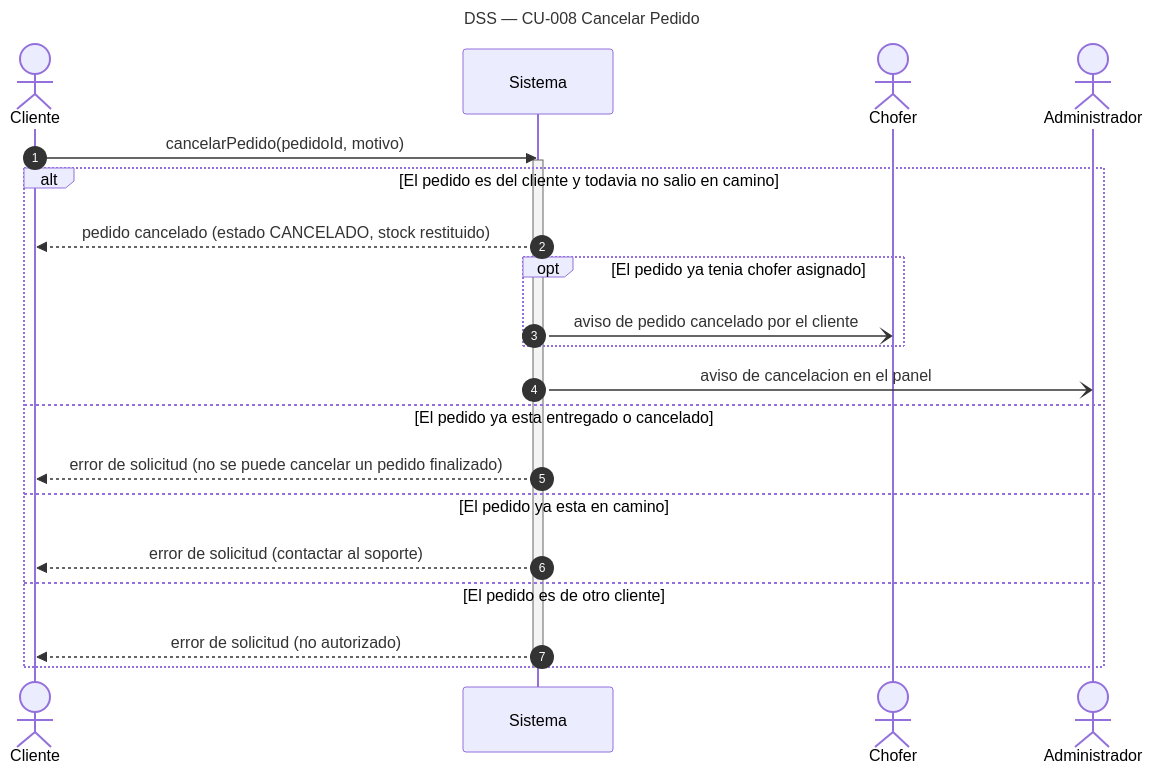
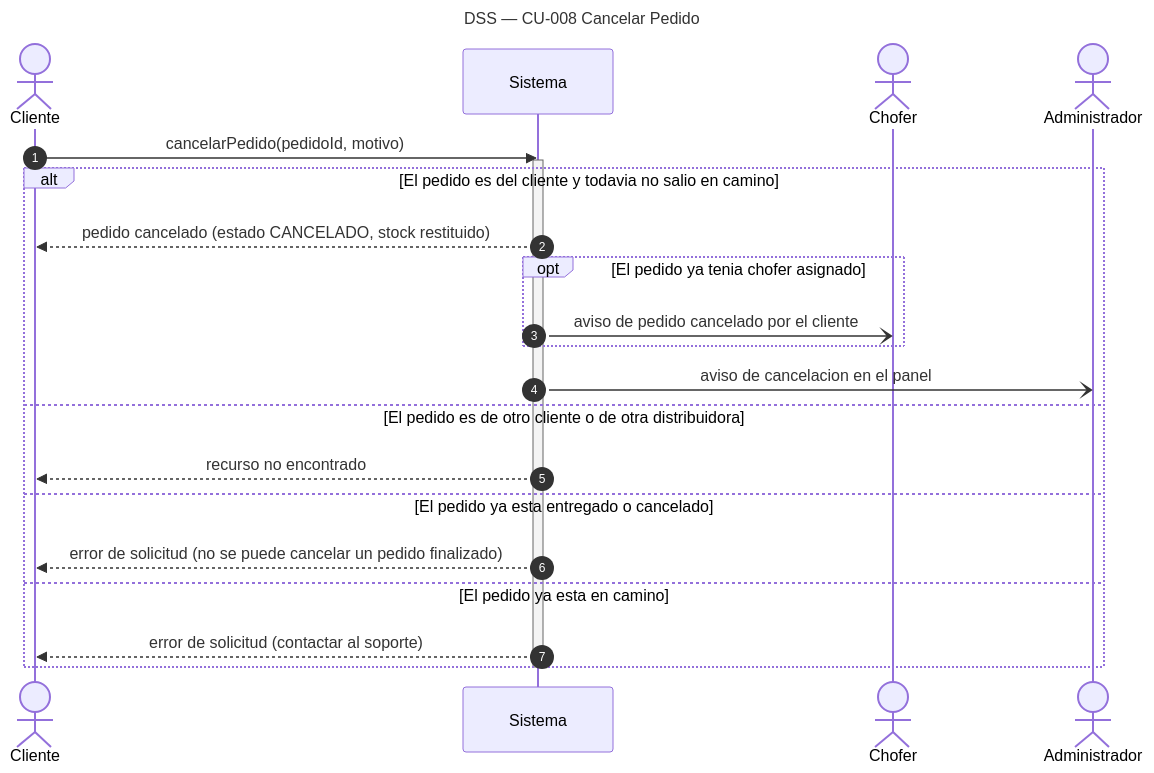
Before and after one commit to Nahuelito-Dev/splg-docs: the diagram in diagramas/DSS_CU-008_Cancelar-Pedido.mmd, drawn with Mermaid. The commit also changed 20 other files, not shown here.

```diff
--- a/diagramas/DSS_CU-008_Cancelar-Pedido.mmd
+++ b/diagramas/DSS_CU-008_Cancelar-Pedido.mmd
@@ -1,24 +1,24 @@
 sequenceDiagram
     title DSS — CU-008 Cancelar Pedido
     autonumber
     actor CLI as Cliente
     participant SIS as Sistema
     actor CHO as Chofer
     actor ADM as Administrador
 
     CLI->>SIS: cancelarPedido(pedidoId, motivo)
     activate SIS
     alt El pedido es del cliente y todavia no salio en camino
         SIS-->>CLI: pedido cancelado (estado CANCELADO, stock restituido)
         opt El pedido ya tenia chofer asignado
             SIS-)CHO: aviso de pedido cancelado por el cliente
         end
         SIS-)ADM: aviso de cancelacion en el panel
+    else El pedido es de otro cliente o de otra distribuidora
+        SIS-->>CLI: recurso no encontrado
     else El pedido ya esta entregado o cancelado
         SIS-->>CLI: error de solicitud (no se puede cancelar un pedido finalizado)
     else El pedido ya esta en camino
         SIS-->>CLI: error de solicitud (contactar al soporte)
-    else El pedido es de otro cliente
-        SIS-->>CLI: error de solicitud (no autorizado)
     end
     deactivate SIS
```
